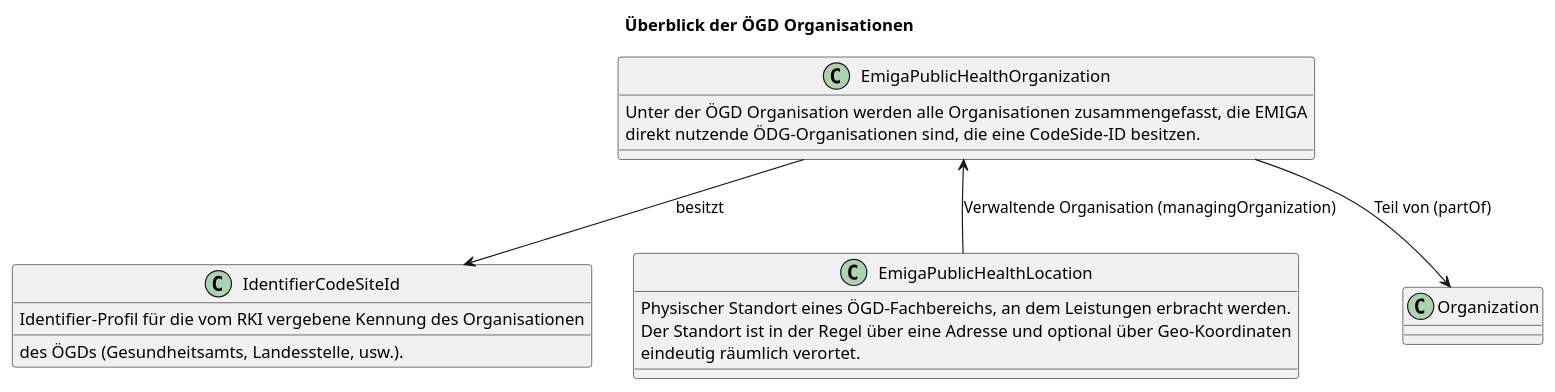
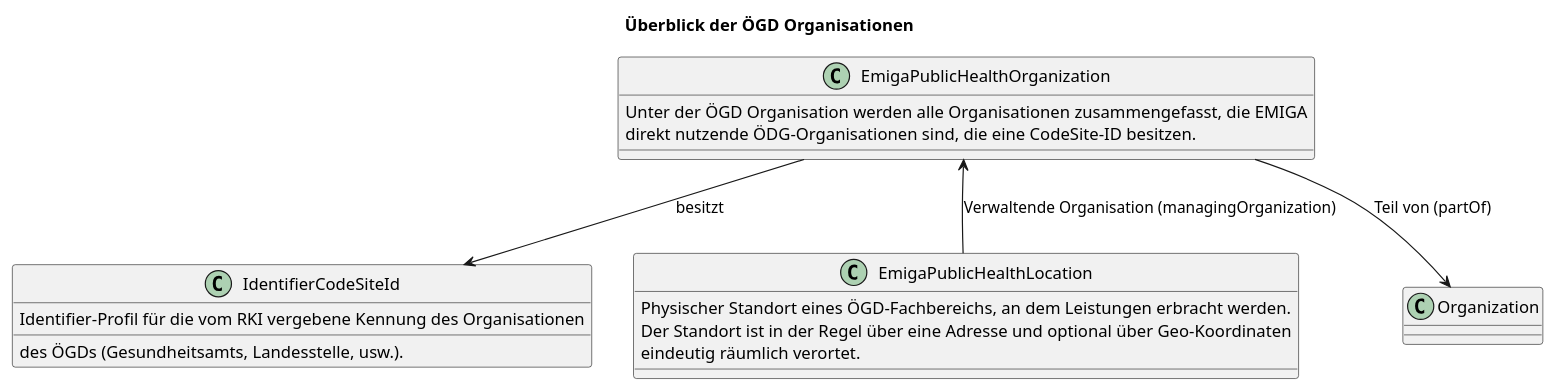
Before and after one commit to robert-koch-institut/rki.emiga.vzd: the diagram in rki.emiga.vzd/guides/implementationguides.vzd/PlantUML/OEGDOverview.puml, drawn with PlantUML. The commit also changed 5 other files, not shown here.

```diff
--- a/rki.emiga.vzd/guides/implementationguides.vzd/PlantUML/OEGDOverview.puml
+++ b/rki.emiga.vzd/guides/implementationguides.vzd/PlantUML/OEGDOverview.puml
@@ -1,25 +1,25 @@
 @startuml
 title Überblick der ÖGD Organisationen
 
 class EmigaPublicHealthOrganization{
 Unter der ÖGD Organisation werden alle Organisationen zusammengefasst, die EMIGA
-direkt nutzende ÖDG-Organisationen sind, die eine CodeSide-ID besitzen.
+direkt nutzende ÖDG-Organisationen sind, die eine CodeSite-ID besitzen.
 }
 class IdentifierCodeSiteId{
 Identifier-Profil für die vom RKI vergebene Kennung des Organisationen
 des ÖGDs (Gesundheitsamts, Landesstelle, usw.).
 }
 class EmigaPublicHealthLocation{
 Physischer Standort eines ÖGD-Fachbereichs, an dem Leistungen erbracht werden. 
 Der Standort ist in der Regel über eine Adresse und optional über Geo-Koordinaten
 eindeutig räumlich verortet.
 }
 
 EmigaPublicHealthOrganization --> Organization : Teil von (partOf)
 EmigaPublicHealthLocation --> EmigaPublicHealthOrganization : Verwaltende Organisation (managingOrganization)
 EmigaPublicHealthOrganization --> IdentifierCodeSiteId : besitzt
 
 Organization -[hidden]down- EmigaPublicHealthOrganization
 EmigaPublicHealthOrganization -[hidden]down- EmigaPublicHealthLocation
 
 @enduml
```
